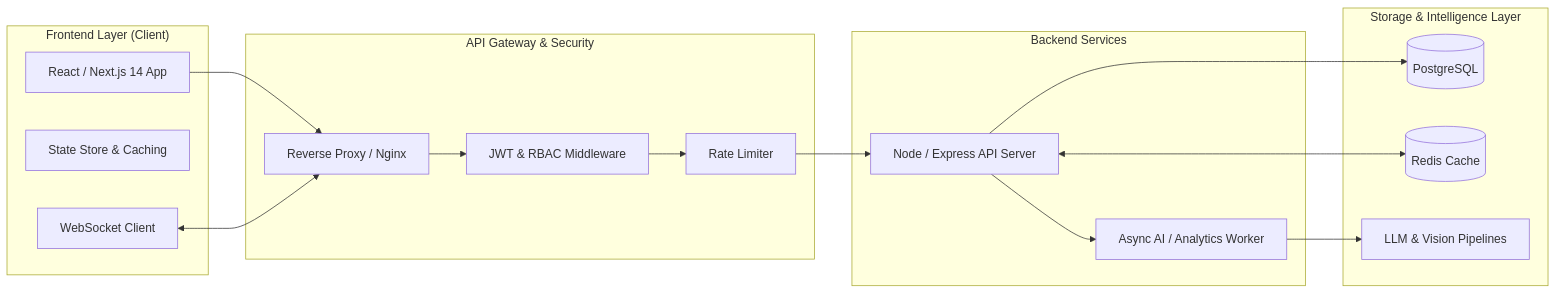
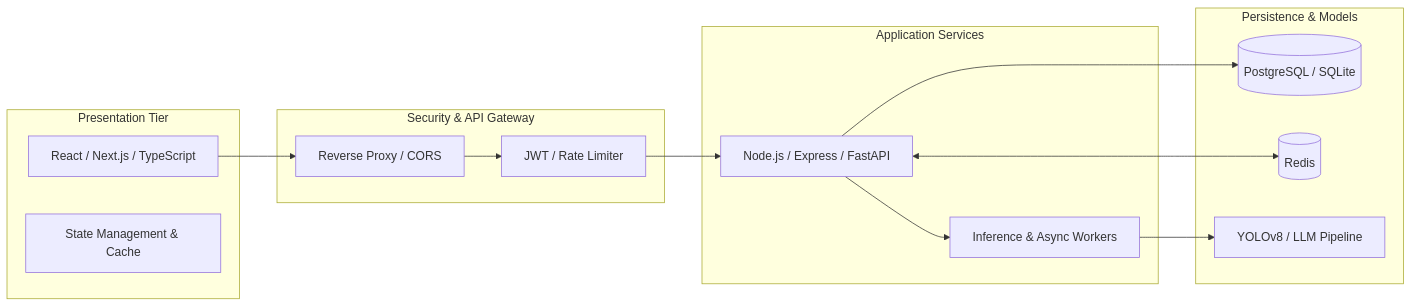
Before and after one commit to vabhijit516-bot/hackertronix: the diagram in PROFILE_README.md, drawn with Mermaid. The commit also changed other lines of this file and 1 other file, not shown here.

````diff
--- a/PROFILE_README.md
+++ b/PROFILE_README.md
@@ -97,33 +88,28 @@
 ```mermaid
 graph LR
-    subgraph Client["Frontend Layer (Client)"]
-        UI["React / Next.js 14 App"]
-        State["State Store & Caching"]
-        WSClient["WebSocket Client"]
+    subgraph Client["Presentation Tier"]
+        UI["React / Next.js / TypeScript"]
+        State["State Management & Cache"]
     end
 
-    subgraph Gateway["API Gateway & Security"]
-        Proxy["Reverse Proxy / Nginx"]
-        Auth["JWT & RBAC Middleware"]
-        RateLimit["Rate Limiter"]
+    subgraph Edge["Security & API Gateway"]
+        Auth["JWT / Rate Limiter"]
+        Proxy["Reverse Proxy / CORS"]
     end
 
-    subgraph Services["Backend Services"]
-        API["Node / Express API Server"]
-        Worker["Async AI / Analytics Worker"]
+    subgraph Backend["Application Services"]
+        APISvc["Node.js / Express / FastAPI"]
+        Worker["Inference & Async Workers"]
     end
 
-    subgraph Data["Storage & Intelligence Layer"]
-        DB[("PostgreSQL")]
-        Cache[("Redis Cache")]
-        AI["LLM & Vision Pipelines"]
+    subgraph Data["Persistence & Models"]
+        DB[("PostgreSQL / SQLite")]
+        Cache[("Redis")]
+        AI["YOLOv8 / LLM Pipeline"]
     end
 
-    UI --> Proxy
-    WSClient <--> Proxy
-    Proxy --> Auth --> RateLimit --> API
-    API --> DB
-    API <--> Cache
-    API --> Worker
-    Worker --> AI
+    UI --> Proxy --> Auth --> APISvc
+    APISvc --> DB
+    APISvc <--> Cache
+    APISvc --> Worker --> AI
 ```
````
